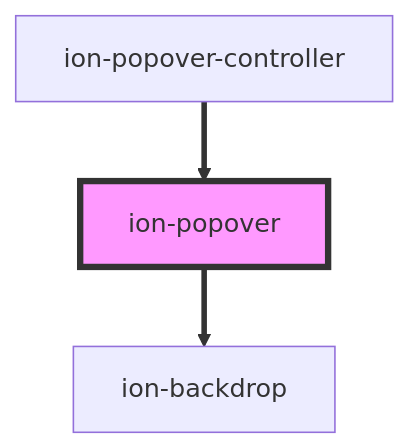
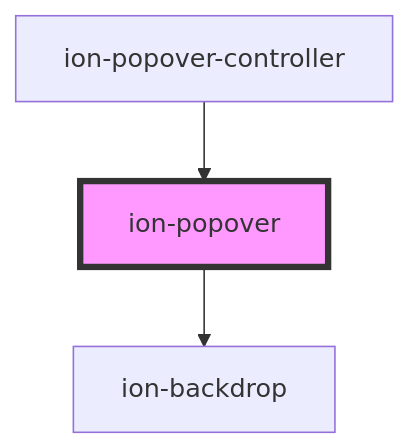
The diagram in core/src/components/popover/readme.md (ionic-team/ionic-framework), drawn with Mermaid before and after one commit. The commit also changed other lines of this file and 39 other files, not shown here.

````diff
--- a/core/src/components/popover/readme.md
+++ b/core/src/components/popover/readme.md
@@ -188,6 +188,6 @@
 ```mermaid
 graph TD;
-  ion-popover ==> ion-backdrop
-  ion-popover-controller ==> ion-popover
+  ion-popover --> ion-backdrop
+  ion-popover-controller --> ion-popover
   style ion-popover fill:#f9f,stroke:#333,stroke-width:4px
 ```
````
